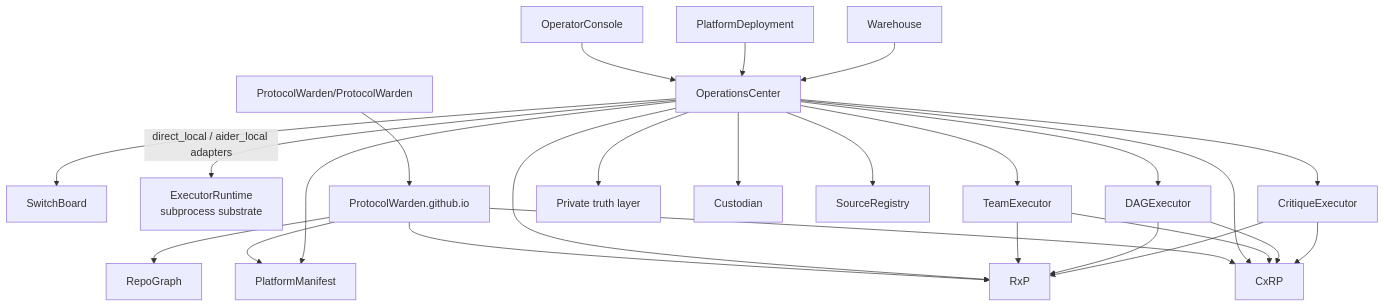
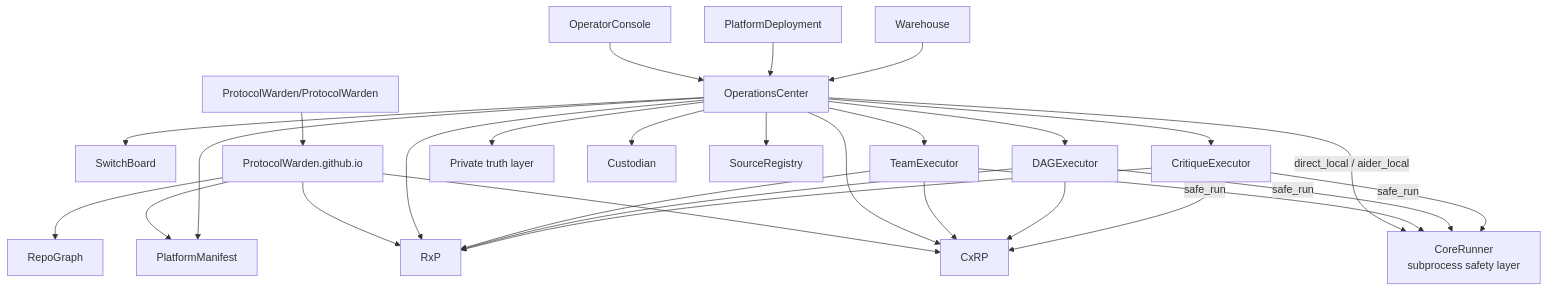
One commit to ProtocolWarden/ProtocolWarden.github.io changed the diagram in docs/topology/ecosystem-graph.md. Above: the diagram before and after it, drawn with Mermaid. The commit also changed other lines of this file and 20 other files, not shown here.

First line of the commit message:
docs: rename ExecutorRuntime → CoreRunner + document safe_run() consolidation

````diff
--- a/docs/topology/ecosystem-graph.md
+++ b/docs/topology/ecosystem-graph.md
@@ -3,47 +3,50 @@
 ```mermaid
 graph TD
     FRONT[ProtocolWarden/ProtocolWarden]
     OC[OperatorConsole]
     OPS[OperationsCenter]
     SB[SwitchBoard]
     CX[CxRP]
     RX[RxP]
-    ER[ExecutorRuntime\nsubprocess substrate]
+    CR[CoreRunner\nsubprocess safety layer]
     TE[TeamExecutor]
     DE[DAGExecutor]
     CE[CritiqueExecutor]
     RG[RepoGraph]
     PM[PlatformManifest]
     PT[Private truth layer]
     CU[Custodian]
     WS[PlatformDeployment]
     WH[Warehouse]
     SR[SourceRegistry]
     DOCS[ProtocolWarden.github.io]
 
     FRONT --> DOCS
     DOCS --> PM
     DOCS --> RG
     DOCS --> CX
     DOCS --> RX
     OC --> OPS
     OPS --> SB
     OPS --> CX
     OPS --> RX
-    OPS -->|direct_local / aider_local adapters| ER
+    OPS -->|direct_local / aider_local| CR
     OPS --> TE
     OPS --> DE
     OPS --> CE
     OPS --> PM
     OPS --> PT
     OPS --> SR
     OPS --> CU
+    TE -->|safe_run| CR
+    DE -->|safe_run| CR
+    CE -->|safe_run| CR
     TE --> CX
     TE --> RX
     DE --> CX
     DE --> RX
     CE --> CX
     CE --> RX
     WS --> OPS
     WH --> OPS
 ```
````
